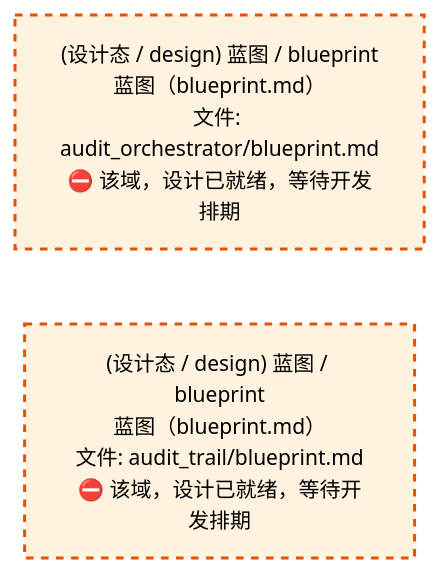
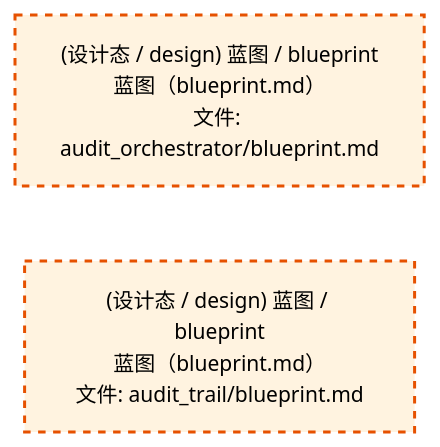
The third of 4 diagrams in docs/02_enterprise_architecture/02_domain_architecture_docs/50_d_gov_audit.md (xuanFelixVan/ZephyrAlpha), drawn with Mermaid before and after one commit. The commit also changed other lines of this file and 71 other files, not shown here.

````diff
--- a/docs/02_enterprise_architecture/02_domain_architecture_docs/50_d_gov_audit.md
+++ b/docs/02_enterprise_architecture/02_domain_architecture_docs/50_d_gov_audit.md
@@ -806,12 +806,12 @@
 ```mermaid
 %%{init: {'theme': 'base', 'themeVariables': {'primaryColor': '#eaeaea', 'primaryTextColor': '#333333', 'primaryBorderColor': '#666666', 'lineColor': '#666666', 'secondaryColor': '#eaeaea', 'tertiaryColor': '#eaeaea', 'fontSize': '14px'}}}%%
 flowchart TD
-    docs_03_modules_cross_layer_audit_orchestrator_blueprint_md["(设计态 / design) 蓝图 / blueprint<br/>蓝图（blueprint.md）<br/>文件: audit_orchestrator/blueprint.md<br/>⛔ 该域，设计已就绪，等待开发排期"]
-    docs_03_modules_domain_governance_audit_trail_blueprint_md["(设计态 / design) 蓝图 / blueprint<br/>蓝图（blueprint.md）<br/>文件: audit_trail/blueprint.md<br/>⛔ 该域，设计已就绪，等待开发排期"]
+    docs_03_modules_cross_layer_audit_orchestrator_blueprint_md["(设计态 / design) 蓝图 / blueprint<br/>蓝图（blueprint.md）<br/>文件: audit_orchestrator/blueprint.md"]
+    docs_03_modules_domain_governance_audit_trail_blueprint_md["(设计态 / design) 蓝图 / blueprint<br/>蓝图（blueprint.md）<br/>文件: audit_trail/blueprint.md"]
     docs_03_modules_cross_layer_audit_orchestrator_blueprint_md ~~~ docs_03_modules_domain_governance_audit_trail_blueprint_md
     classDef production fill:#e1f5fe,stroke:#01579b,stroke-width:2px,color:#000
     classDef design fill:#fff3e0,stroke:#e65100,stroke-width:2px,color:#000,stroke-dasharray: 5 5
     classDef external_prod fill:#e8f4fd,stroke:#0277bd,stroke-width:1px,color:#000
     classDef external_design fill:#fff8e7,stroke:#ef6c00,stroke-width:1px,color:#000,stroke-dasharray: 5 5
     class docs_03_modules_cross_layer_audit_orchestrator_blueprint_md,docs_03_modules_domain_governance_audit_trail_blueprint_md design
 ```
````
